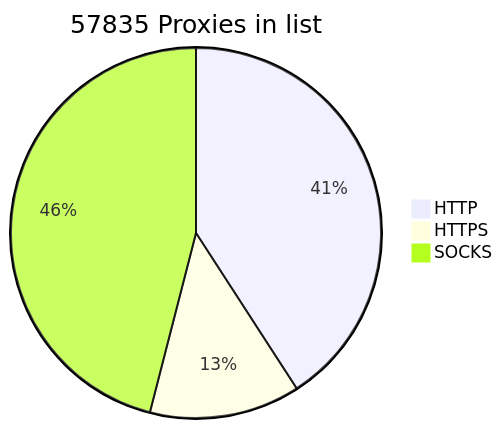
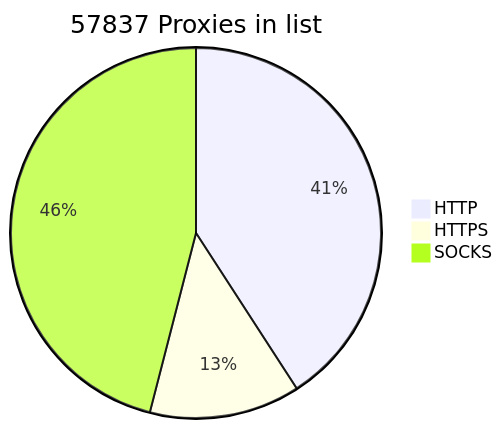
Before and after one commit to BlackSnowDot/proxylist-update-every-minute: the diagram in README.md, drawn with Mermaid.

````diff
--- a/README.md
+++ b/README.md
@@ -2,6 +2,6 @@
 ```mermaid
-pie title 57835 Proxies in list
-    "HTTP" : 26580
-    "HTTPS": 8559
+pie title 57837 Proxies in list
+    "HTTP" : 26581
+    "HTTPS": 8562
     "SOCKS" : 29923
 ```
````
